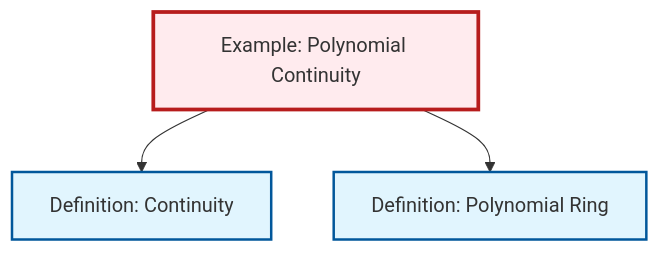
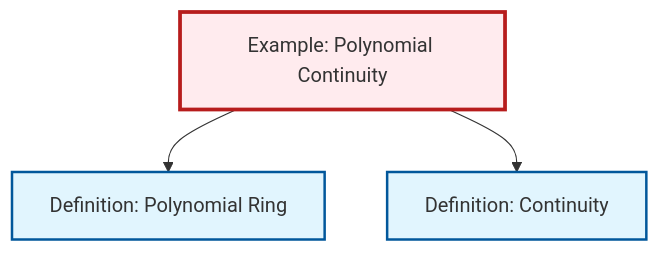
Before and after one commit to RK0429/ModernMath: the diagram in output/mermaid/ex-polynomial-continuity.mermaid, drawn with Mermaid. The commit also changed other lines of this file and 581 other files, not shown here.

```diff
--- a/output/mermaid/ex-polynomial-continuity.mermaid
+++ b/output/mermaid/ex-polynomial-continuity.mermaid
@@ -1,13 +1,13 @@
 %%| fig-cap: "Local dependency graph"
 graph TD
     classDef definition fill:#e1f5fe,stroke:#01579b,stroke-width:2px
     classDef theorem fill:#f3e5f5,stroke:#4a148c,stroke-width:2px
     classDef axiom fill:#fff3e0,stroke:#e65100,stroke-width:2px
     classDef example fill:#e8f5e9,stroke:#1b5e20,stroke-width:2px
     classDef current fill:#ffebee,stroke:#b71c1c,stroke-width:3px
+    ex-polynomial-continuity["Example: Polynomial Continuity"]:::example
     def-polynomial-ring["Definition: Polynomial Ring"]:::definition
     def-continuity["Definition: Continuity"]:::definition
-    ex-polynomial-continuity["Example: Polynomial Continuity"]:::example
+    ex-polynomial-continuity --> def-polynomial-ring
     ex-polynomial-continuity --> def-continuity
-    ex-polynomial-continuity --> def-polynomial-ring
     class ex-polynomial-continuity current
```
